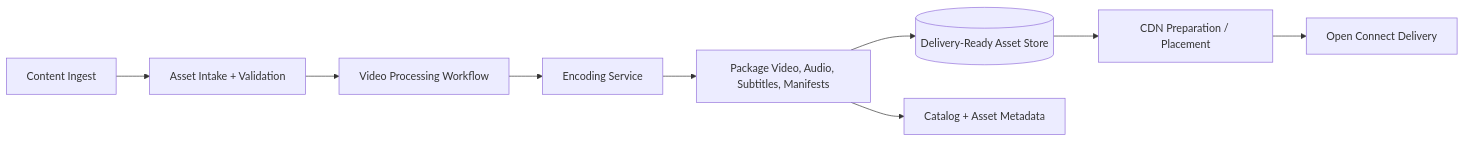
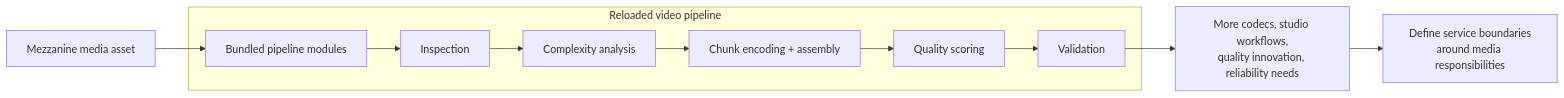
The first of 3 diagrams in architecture/netflix/index.md (max9159/system-design), drawn with Mermaid before and after one commit. The commit also changed other lines of this file and 2 other files, not shown here.

Commit message:
Update Netflix architecture documentation with video processing pipeline rebuild details

````diff
--- a/architecture/netflix/index.md
+++ b/architecture/netflix/index.md
@@ -45,11 +44,18 @@
 ```mermaid
 flowchart LR
-    Studio["Content Ingest"] --> Intake["Asset Intake + Validation"]
-    Intake --> Workflow["Video Processing Workflow"]
-    Workflow --> Encode["Encoding Service"]
-    Encode --> Package["Package Video, Audio, Subtitles, Manifests"]
-    Package --> Assets[("Delivery-Ready Asset Store")]
-    Package --> Catalog["Catalog + Asset Metadata"]
-    Assets --> Placement["CDN Preparation / Placement"]
-    Placement --> OpenConnect["Open Connect Delivery"]
+    Asset["Mezzanine media asset"] --> Reloaded
+
+    subgraph Previous["Reloaded video pipeline"]
+        Reloaded["Bundled pipeline modules"]
+        InspectOld["Inspection"]
+        AnalyzeOld["Complexity analysis"]
+        EncodeOld["Chunk encoding + assembly"]
+        QualityOld["Quality scoring"]
+        ValidateOld["Validation"]
+        Reloaded --> InspectOld --> AnalyzeOld --> EncodeOld --> QualityOld --> ValidateOld
+    end
+
+    ValidateOld --> Pressure["More codecs, studio workflows,<br/>quality innovation, reliability needs"]
+
+    Pressure --> Split["Define service boundaries<br/>around media responsibilities"]
 ```
````
